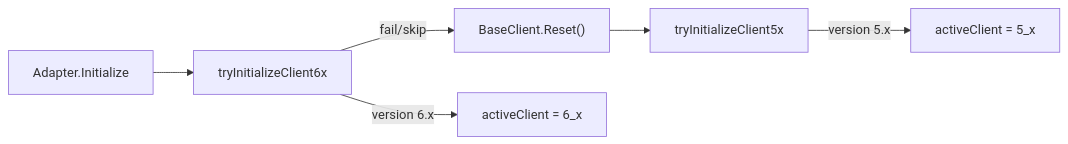
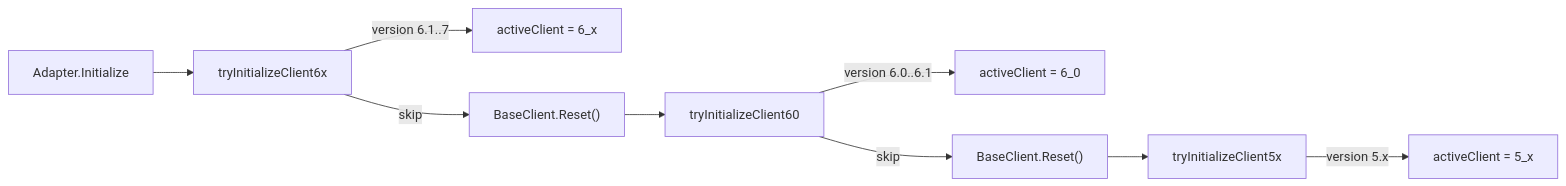
One commit to srgkr/aictl changed the second of 2 diagrams in AGENTS.md. Above: the diagram before and after it, drawn with Mermaid. The commit also changed other lines of this file, not shown here.

````diff
--- a/AGENTS.md
+++ b/AGENTS.md
@@ -107,8 +107,11 @@
 ```mermaid
 flowchart LR
-    init["Adapter.Initialize"] --> try6["tryInitializeClient6x"]
-    try6 -->|fail/skip| reset["BaseClient.Reset()"]
-    reset --> try5["tryInitializeClient5x"]
-    try6 -->|version 6.x| active["activeClient = 6_x"]
-    try5 -->|version 5.x| active2["activeClient = 5_x"]
+    init["Adapter.Initialize"] --> try6x["tryInitializeClient6x"]
+    try6x -->|"version 6.1..7"| active6x["activeClient = 6_x"]
+    try6x -->|skip| reset1["BaseClient.Reset()"]
+    reset1 --> try60["tryInitializeClient60"]
+    try60 -->|"version 6.0..6.1"| active60["activeClient = 6_0"]
+    try60 -->|skip| reset2["BaseClient.Reset()"]
+    reset2 --> try5["tryInitializeClient5x"]
+    try5 -->|version 5.x| active5["activeClient = 5_x"]
 ```
````
